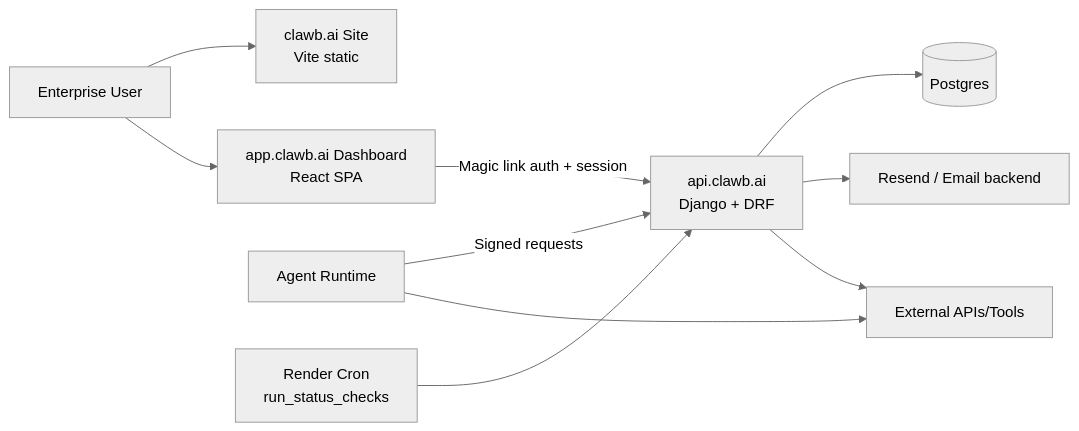
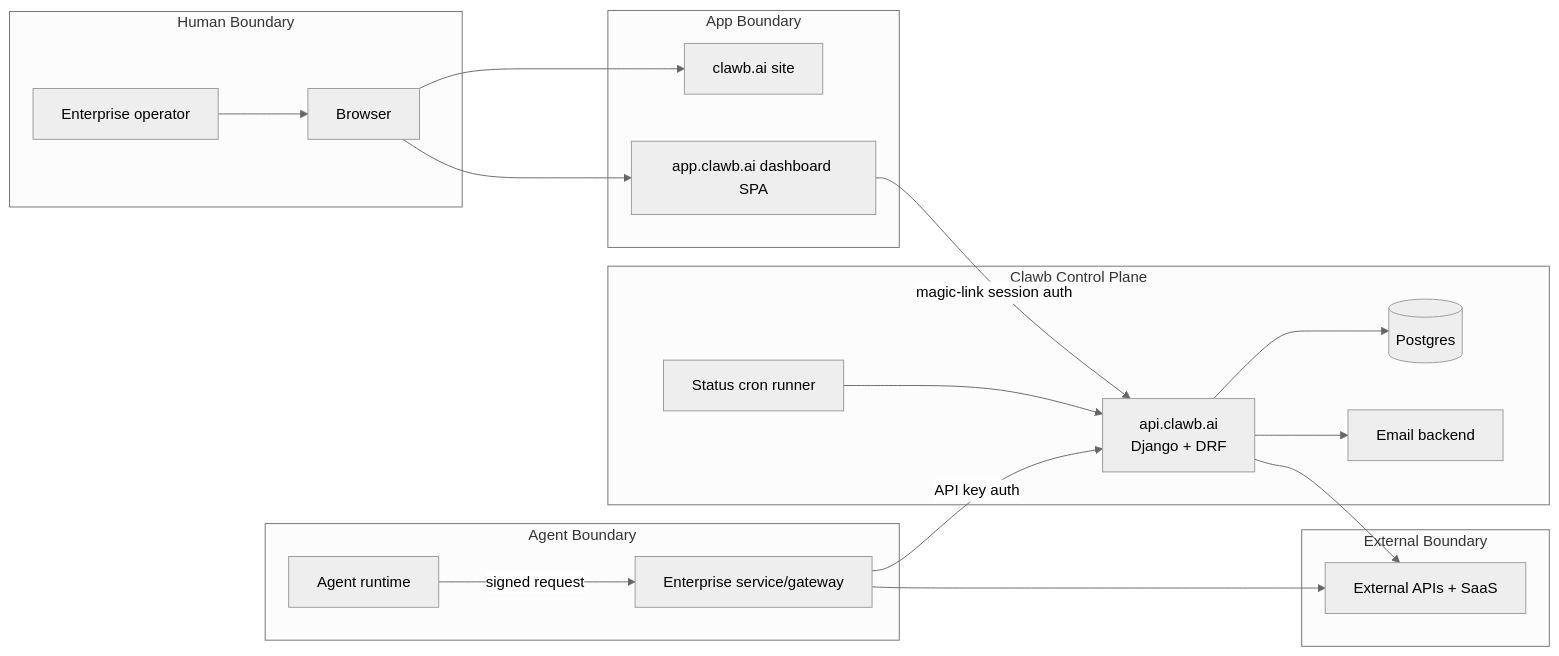
One commit to clawbai/docs changed the first of 5 diagrams in integration/architecture-map.mdx. Above: the diagram before and after it, drawn with Mermaid (neutral theme). The commit also changed other lines of this file, not shown here.

Commit message:
Expand architecture map with trust boundaries and sequence flows (#30)

````diff
--- a/integration/architecture-map.mdx
+++ b/integration/architecture-map.mdx
@@ -9,15 +9,42 @@
 ```mermaid
 flowchart LR
-  U[Enterprise User] --> S[clawb.ai Site<br/>Vite static]
-  U --> D[app.clawb.ai Dashboard<br/>React SPA]
-  A[Agent Runtime] -->|Signed requests| API[api.clawb.ai<br/>Django + DRF]
+  subgraph Human Boundary
+    U[Enterprise operator]
+    B[Browser]
+  end
 
-  D -->|Magic link auth + session| API
-  API --> DB[(Postgres)]
-  API --> Mail[Resend / Email backend]
+  subgraph App Boundary
+    SITE[clawb.ai site]
+    DASH[app.clawb.ai dashboard SPA]
+  end
 
-  C[Render Cron<br/>run_status_checks] --> API
+  subgraph Clawb Control Plane
+    API[api.clawb.ai\nDjango + DRF]
+    DB[(Postgres)]
+    MAIL[Email backend]
+    CRON[Status cron runner]
+  end
 
-  API --> Ext[External APIs/Tools]
-  A --> Ext
+  subgraph Agent Boundary
+    AGENT[Agent runtime]
+    SVC[Enterprise service/gateway]
+  end
+
+  subgraph External Boundary
+    EXT[External APIs + SaaS]
+  end
+
+  U --> B
+  B --> SITE
+  B --> DASH
+
+  DASH -->|magic-link session auth| API
+  API --> DB
+  API --> MAIL
+  CRON --> API
+
+  AGENT -->|signed request| SVC
+  SVC -->|API key auth| API
+  SVC --> EXT
+  API --> EXT
 ```
````
